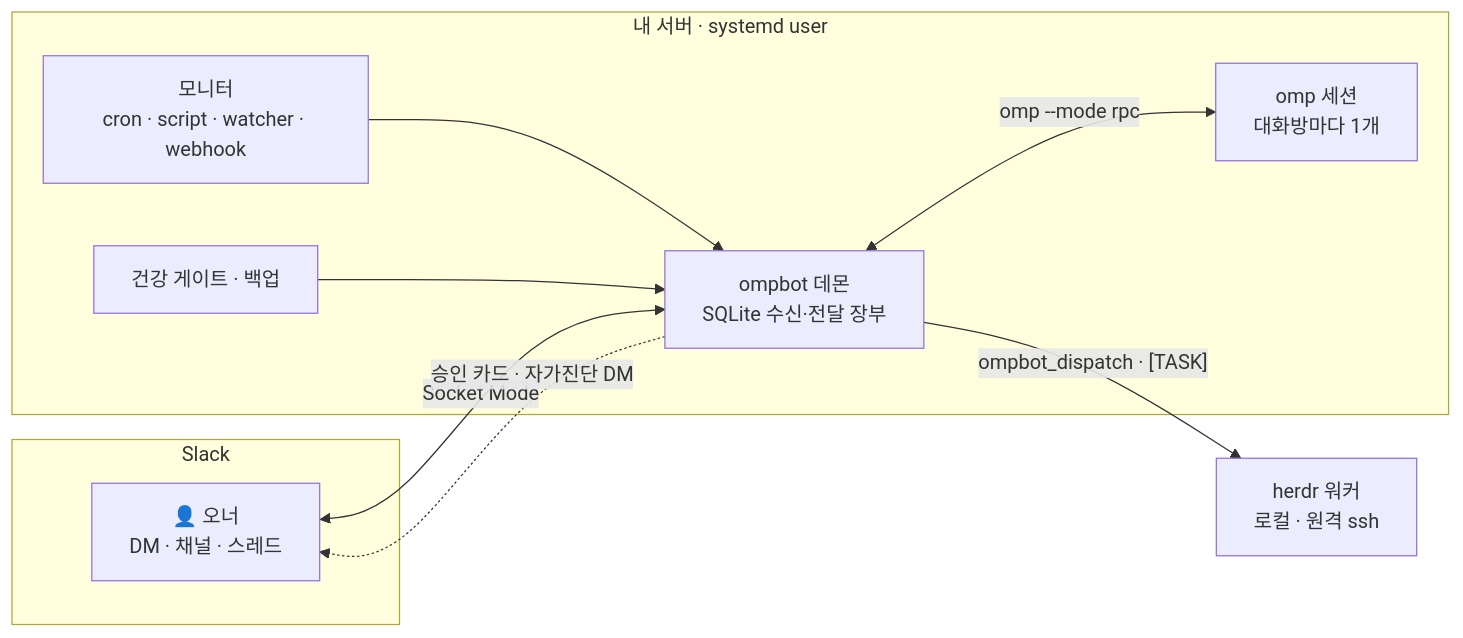
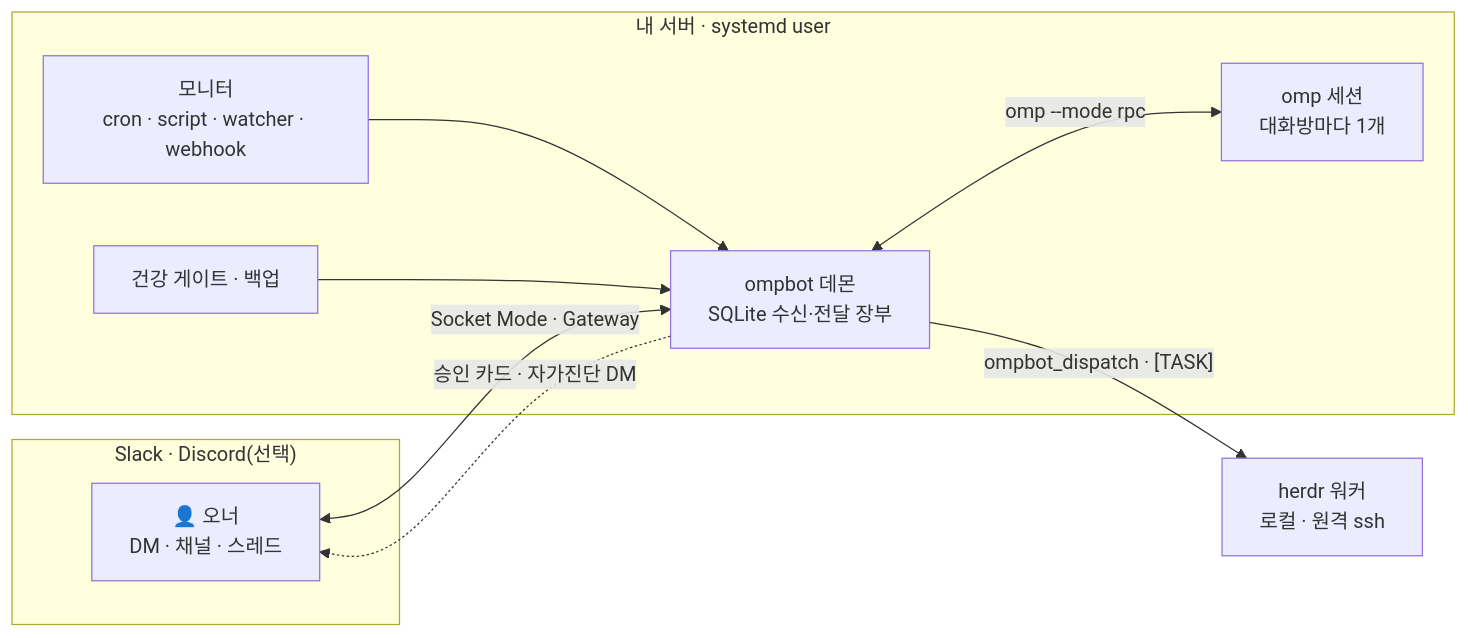
One commit to gimso2x/ompbot changed the diagram in README.md. Above: the diagram before and after it, drawn with Mermaid. The commit also changed other lines of this file and 185 other files, not shown here.

````diff
--- a/README.md
+++ b/README.md
@@ -66,19 +66,19 @@
 ```mermaid
 flowchart LR
-  subgraph Slack
+  subgraph Chat["Slack · Discord(선택)"]
     O["👤 오너<br/>DM · 채널 · 스레드"]
   end
   subgraph Host["내 서버 · systemd user"]
     D["ompbot 데몬<br/>SQLite 수신·전달 장부"]
     S["omp 세션<br/>대화방마다 1개"]
     M["모니터<br/>cron · script · watcher · webhook"]
     G["건강 게이트 · 백업"]
   end
   W["herdr 워커<br/>로컬 · 원격 ssh"]
-  O <-->|Socket Mode| D
+  O <-->|"Socket Mode · Gateway"| D
   D <-->|"omp --mode rpc"| S
   M --> D
   G --> D
   D -->|"ompbot_dispatch · [TASK]"| W
   D -.->|"승인 카드 · 자가진단 DM"| O
 ```
````
